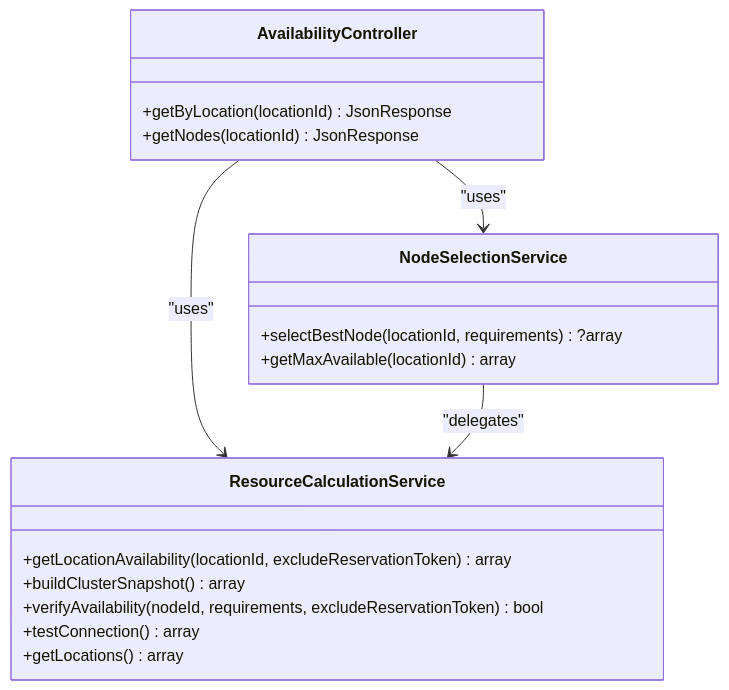
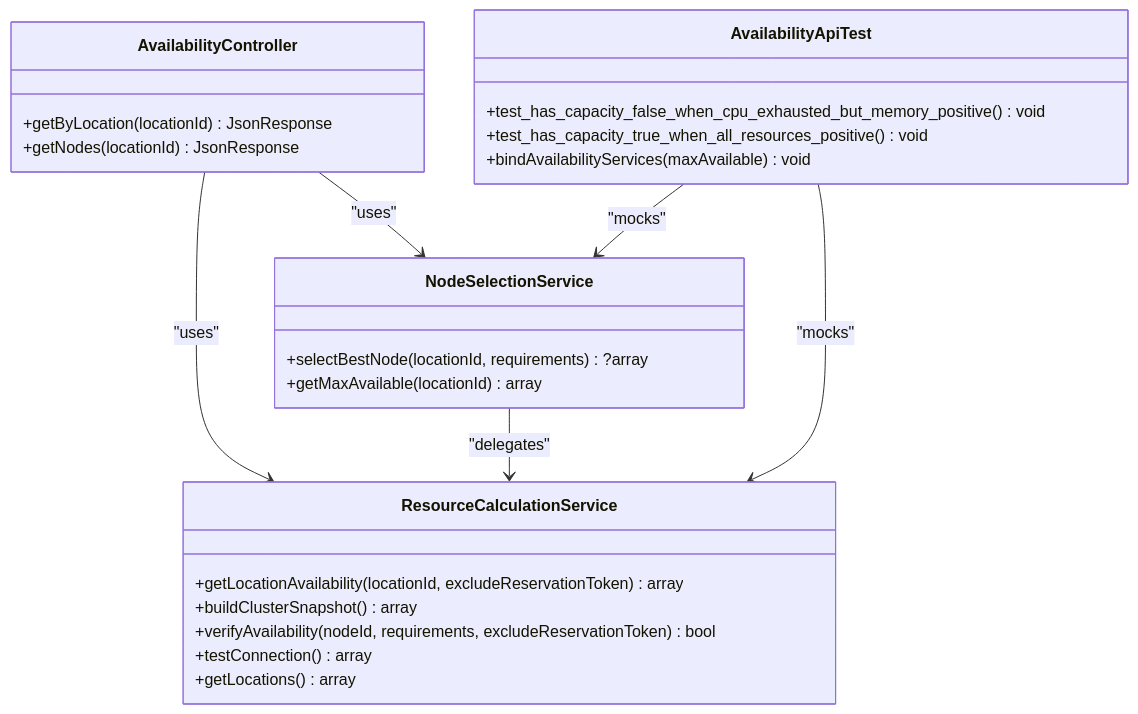
Before and after one commit to ObsidianNetwork/dynamic-pterodactyl: the fifth of 5 diagrams in .qoder/repowiki/en/content/API Reference/Public API Endpoints/Availability Endpoints.md, drawn with Mermaid. The commit also changed other lines of this file and 1 other file, not shown here.

Commit message:
docs: refresh availability security wiki

````diff
--- a/.qoder/repowiki/en/content/API Reference/Public API Endpoints/Availability Endpoints.md
+++ b/.qoder/repowiki/en/content/API Reference/Public API Endpoints/Availability Endpoints.md
@@ -228,21 +282,28 @@
 ```mermaid
 classDiagram
 class AvailabilityController {
 +getByLocation(locationId) JsonResponse
 +getNodes(locationId) JsonResponse
 }
 class NodeSelectionService {
 +selectBestNode(locationId, requirements) ?array
 +getMaxAvailable(locationId) array
 }
 class ResourceCalculationService {
 +getLocationAvailability(locationId, excludeReservationToken) array
 +buildClusterSnapshot() array
 +verifyAvailability(nodeId, requirements, excludeReservationToken) bool
 +testConnection() array
 +getLocations() array
 }
+class AvailabilityApiTest {
++test_has_capacity_false_when_cpu_exhausted_but_memory_positive() void
++test_has_capacity_true_when_all_resources_positive() void
++bindAvailabilityServices(maxAvailable) void
+}
 AvailabilityController --> NodeSelectionService : "uses"
 AvailabilityController --> ResourceCalculationService : "uses"
 NodeSelectionService --> ResourceCalculationService : "delegates"
+AvailabilityApiTest --> NodeSelectionService : "mocks"
+AvailabilityApiTest --> ResourceCalculationService : "mocks"
 ```
````
